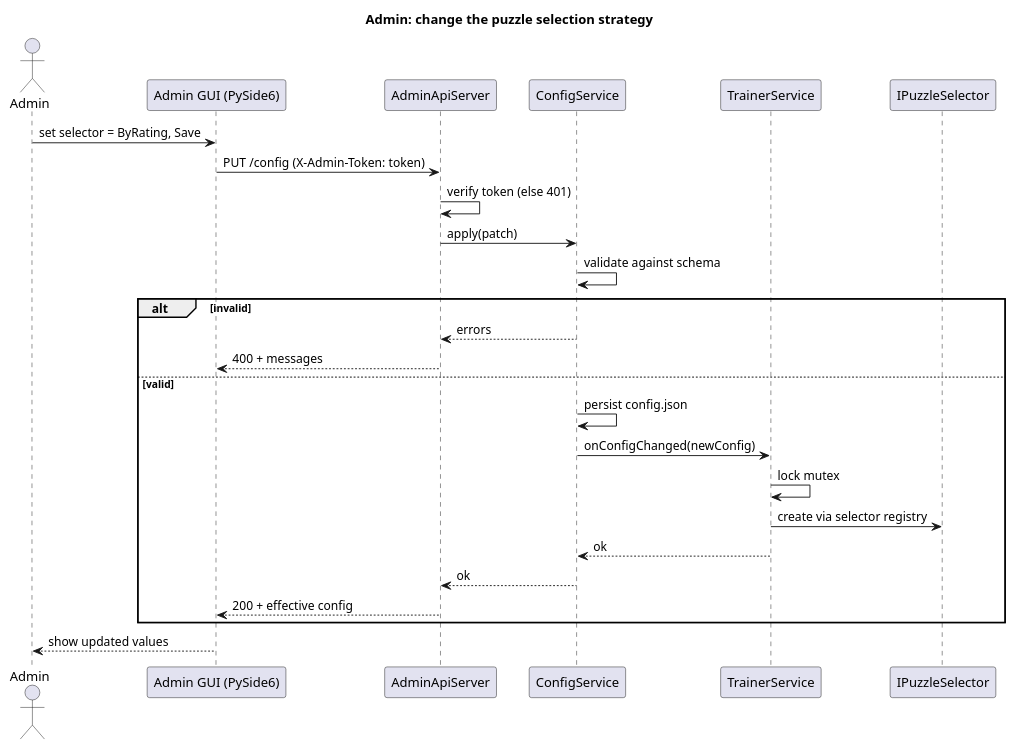
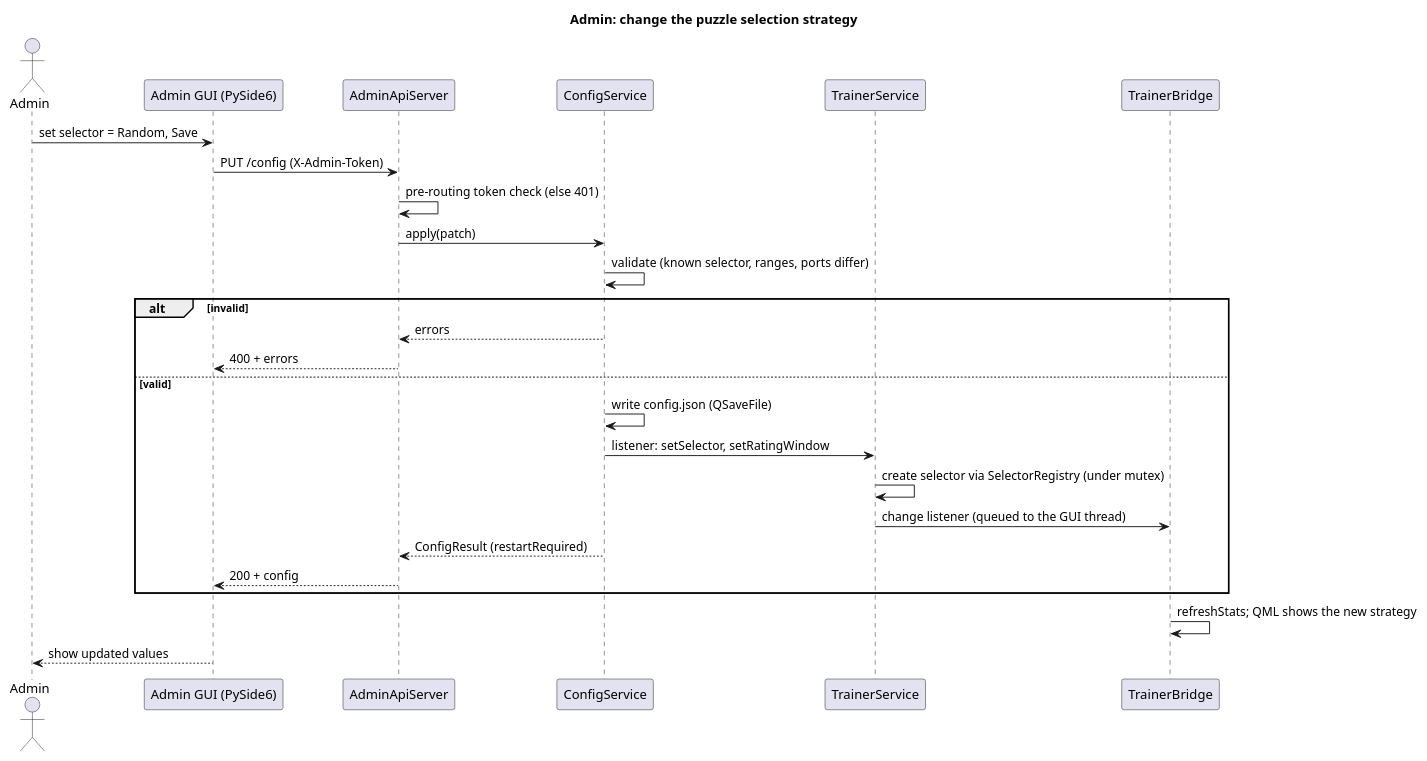
The diagram in docs/diagrams/admin-config-change.puml (PavelKanazirev/qt-chess-trainer), drawn with PlantUML before and after one commit. The commit also changed 2 other files, not shown here.

Commit message:
docs: document configuration, admin API and update the admin diagram

```diff
--- a/docs/diagrams/admin-config-change.puml
+++ b/docs/diagrams/admin-config-change.puml
@@ -1,29 +1,29 @@
 @startuml
 title Admin: change the puzzle selection strategy
 
 actor Admin
 participant "Admin GUI (PySide6)" as GUI
 participant AdminApiServer as API
 participant ConfigService as Cfg
 participant TrainerService as Svc
-participant "IPuzzleSelector" as Sel
+participant TrainerBridge as Br
 
-Admin -> GUI: set selector = ByRating, Save
-GUI -> API: PUT /config (X-Admin-Token: token)
-API -> API: verify token (else 401)
+Admin -> GUI: set selector = Random, Save
+GUI -> API: PUT /config (X-Admin-Token)
+API -> API: pre-routing token check (else 401)
 API -> Cfg: apply(patch)
-Cfg -> Cfg: validate against schema
+Cfg -> Cfg: validate (known selector, ranges, ports differ)
 alt invalid
   Cfg --> API: errors
-  API --> GUI: 400 + messages
+  API --> GUI: 400 + errors
 else valid
-  Cfg -> Cfg: persist config.json
-  Cfg -> Svc: onConfigChanged(newConfig)
-  Svc -> Svc: lock mutex
-  Svc -> Sel: create via selector registry
-  Svc --> Cfg: ok
-  Cfg --> API: ok
-  API --> GUI: 200 + effective config
+  Cfg -> Cfg: write config.json (QSaveFile)
+  Cfg -> Svc: listener: setSelector, setRatingWindow
+  Svc -> Svc: create selector via SelectorRegistry (under mutex)
+  Svc -> Br: change listener (queued to the GUI thread)
+  Cfg --> API: ConfigResult (restartRequired)
+  API --> GUI: 200 + config
 end
+Br -> Br: refreshStats; QML shows the new strategy
 GUI --> Admin: show updated values
 @enduml
```
